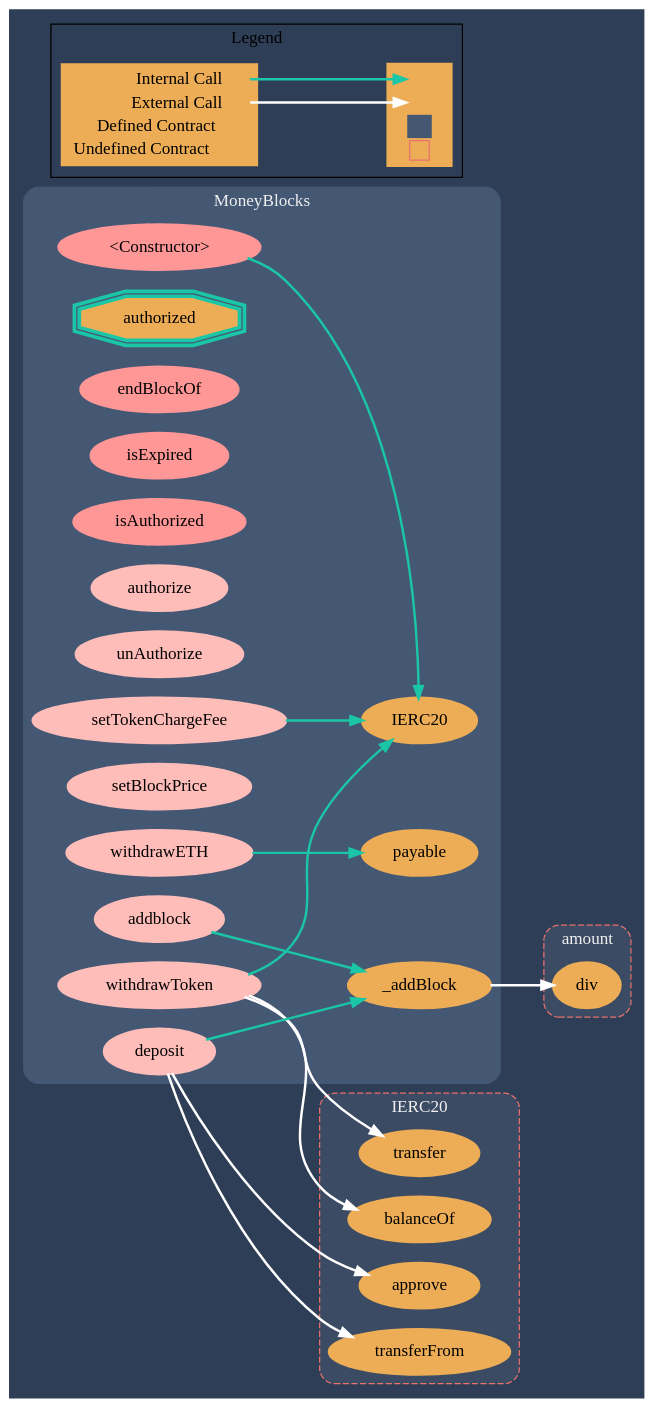
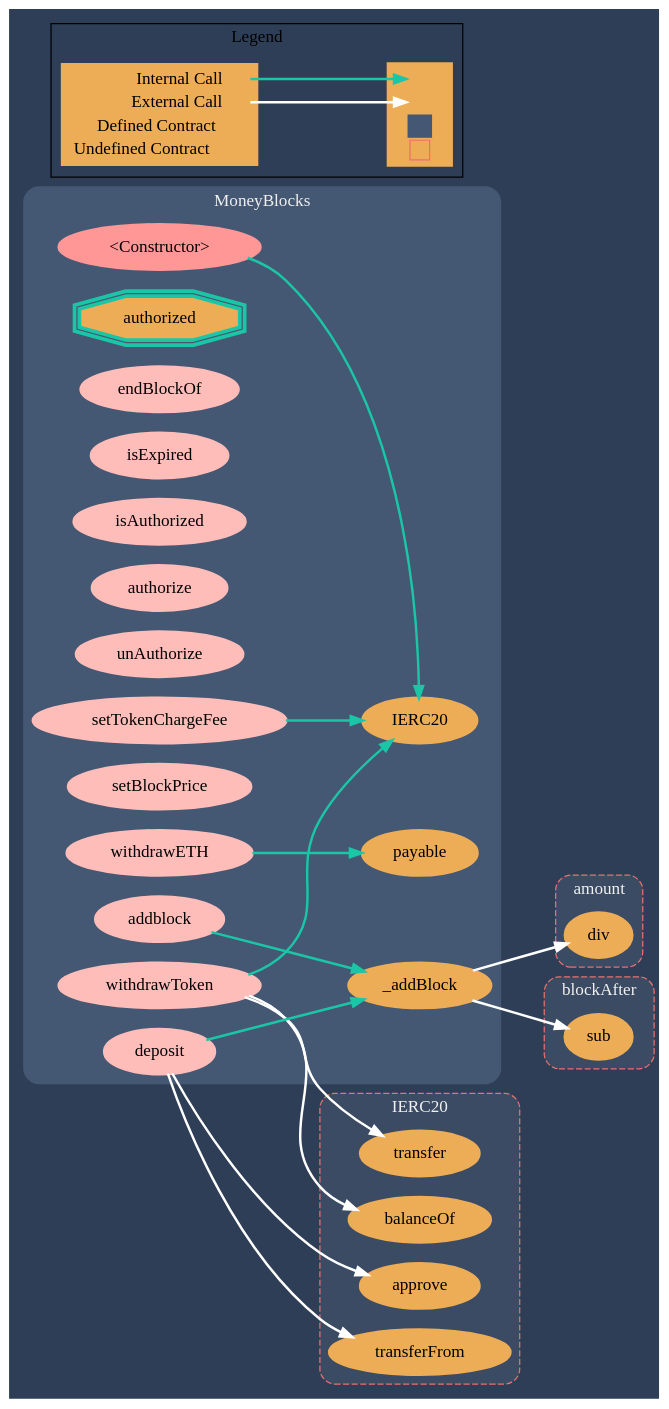
Before and after one commit to faea726/Money-Blocks: the diagram in audit/Call_Graph.gv, drawn with Graphviz. The commit also changed 3 other files, not shown here.

```diff
--- a/audit/Call_Graph.gv
+++ b/audit/Call_Graph.gv
@@ -1,90 +1,97 @@
 digraph G {
   graph [ ratio = "auto", page = "100", compound =true, bgcolor = "#2e3e56" ];
   node [ style = "filled", fillcolor = "#edad56", color = "#edad56", penwidth =3 ];
   edge [ color = "#fcfcfc", penwidth =2, fontname = "helvetica Neue Ultra Light" ];
 subgraph "clusterMoneyBlocks" {
   graph [ label = "MoneyBlocks", color = "#445773", fontcolor = "#f0f0f0", style = "rounded", bgcolor = "#445773" ];
   "MoneyBlocks.<Constructor>" [ label = "<Constructor>", color = "#FF9797", fillcolor = "#FF9797" ];
   "MoneyBlocks.authorized" [ label = "authorized", color = "#1bc6a6", shape =doubleoctagon ];
-  "MoneyBlocks.endBlockOf" [ label = "endBlockOf", color = "#FF9797", fillcolor = "#FF9797" ];
-  "MoneyBlocks.isExpired" [ label = "isExpired", color = "#FF9797", fillcolor = "#FF9797" ];
-  "MoneyBlocks.isAuthorized" [ label = "isAuthorized", color = "#FF9797", fillcolor = "#FF9797" ];
+  "MoneyBlocks.endBlockOf" [ label = "endBlockOf", color = "#ffbdb9", fillcolor = "#ffbdb9" ];
+  "MoneyBlocks.isExpired" [ label = "isExpired", color = "#ffbdb9", fillcolor = "#ffbdb9" ];
+  "MoneyBlocks.isAuthorized" [ label = "isAuthorized", color = "#ffbdb9", fillcolor = "#ffbdb9" ];
   "MoneyBlocks.authorize" [ label = "authorize", color = "#ffbdb9", fillcolor = "#ffbdb9" ];
   "MoneyBlocks.unAuthorize" [ label = "unAuthorize", color = "#ffbdb9", fillcolor = "#ffbdb9" ];
   "MoneyBlocks.setTokenChargeFee" [ label = "setTokenChargeFee", color = "#ffbdb9", fillcolor = "#ffbdb9" ];
   "MoneyBlocks.setBlockPrice" [ label = "setBlockPrice", color = "#ffbdb9", fillcolor = "#ffbdb9" ];
   "MoneyBlocks.withdrawETH" [ label = "withdrawETH", color = "#ffbdb9", fillcolor = "#ffbdb9" ];
   "MoneyBlocks.withdrawToken" [ label = "withdrawToken", color = "#ffbdb9", fillcolor = "#ffbdb9" ];
   "MoneyBlocks.deposit" [ label = "deposit", color = "#ffbdb9", fillcolor = "#ffbdb9" ];
   "MoneyBlocks._addBlock" [ label = "_addBlock" ];
   "MoneyBlocks.addblock" [ label = "addblock", color = "#ffbdb9", fillcolor = "#ffbdb9" ];
   "MoneyBlocks.IERC20" [ label = "IERC20" ];
   "MoneyBlocks.payable" [ label = "payable" ];
 }
 
 subgraph "clusterIERC20" {
   graph [ label = "IERC20", color = "#e8726d", fontcolor = "#f0f0f0", style = "rounded,dashed", bgcolor = "#3b4b63" ];
   "IERC20.transfer" [ label = "transfer" ];
   "IERC20.balanceOf" [ label = "balanceOf" ];
   "IERC20.approve" [ label = "approve" ];
   "IERC20.transferFrom" [ label = "transferFrom" ];
 }
 
 subgraph "clusteramount" {
   graph [ label = "amount", color = "#e8726d", fontcolor = "#f0f0f0", style = "rounded,dashed", bgcolor = "#3b4b63" ];
   "amount.div" [ label = "div" ];
 }
 
+subgraph "clusterblockAfter" {
+  graph [ label = "blockAfter", color = "#e8726d", fontcolor = "#f0f0f0", style = "rounded,dashed", bgcolor = "#3b4b63" ];
+  "blockAfter.sub" [ label = "sub" ];
+}
+
   "MoneyBlocks.<Constructor>";
   "MoneyBlocks.IERC20";
   "MoneyBlocks.setTokenChargeFee";
   "MoneyBlocks.withdrawETH";
   "MoneyBlocks.payable";
   "MoneyBlocks.withdrawToken";
   "IERC20.transfer";
   "IERC20.balanceOf";
   "MoneyBlocks.deposit";
   "IERC20.approve";
   "IERC20.transferFrom";
   "MoneyBlocks._addBlock";
   "amount.div";
+  "blockAfter.sub";
   "MoneyBlocks.addblock";
   "MoneyBlocks.<Constructor>" -> "MoneyBlocks.IERC20" [ color = "#1bc6a6" ];
   "MoneyBlocks.setTokenChargeFee" -> "MoneyBlocks.IERC20" [ color = "#1bc6a6" ];
   "MoneyBlocks.withdrawETH" -> "MoneyBlocks.payable" [ color = "#1bc6a6" ];
   "MoneyBlocks.withdrawToken" -> "MoneyBlocks.IERC20" [ color = "#1bc6a6" ];
   "MoneyBlocks.withdrawToken" -> "IERC20.transfer" [ color = "white" ];
   "MoneyBlocks.withdrawToken" -> "IERC20.balanceOf" [ color = "white" ];
   "MoneyBlocks.deposit" -> "IERC20.approve" [ color = "white" ];
   "MoneyBlocks.deposit" -> "IERC20.transferFrom" [ color = "white" ];
   "MoneyBlocks.deposit" -> "MoneyBlocks._addBlock" [ color = "#1bc6a6" ];
   "MoneyBlocks._addBlock" -> "amount.div" [ color = "white" ];
+  "MoneyBlocks._addBlock" -> "blockAfter.sub" [ color = "white" ];
   "MoneyBlocks.addblock" -> "MoneyBlocks._addBlock" [ color = "#1bc6a6" ];
 
 
 rankdir=LR
 node [shape=plaintext]
 subgraph cluster_01 { 
 label = "Legend";
 key [label=<<table border="0" cellpadding="2" cellspacing="0" cellborder="0">
   <tr><td align="right" port="i1">Internal Call</td></tr>
   <tr><td align="right" port="i2">External Call</td></tr>
   <tr><td align="right" port="i3">Defined Contract</td></tr>
   <tr><td align="right" port="i4">Undefined Contract</td></tr>
   </table>>]
 key2 [label=<<table border="0" cellpadding="2" cellspacing="0" cellborder="0">
   <tr><td port="i1">&nbsp;&nbsp;&nbsp;</td></tr>
   <tr><td port="i2">&nbsp;&nbsp;&nbsp;</td></tr>
   <tr><td port="i3" bgcolor="#445773">&nbsp;&nbsp;&nbsp;</td></tr>
   <tr><td port="i4">
     <table border="1" cellborder="0" cellspacing="0" cellpadding="7" color="#e8726d">
       <tr>
        <td></td>
       </tr>
      </table>
   </td></tr>
   </table>>]
 key:i1:e -> key2:i1:w [color="#1bc6a6"]
 key:i2:e -> key2:i2:w [color="white"]
 }
 }
```
